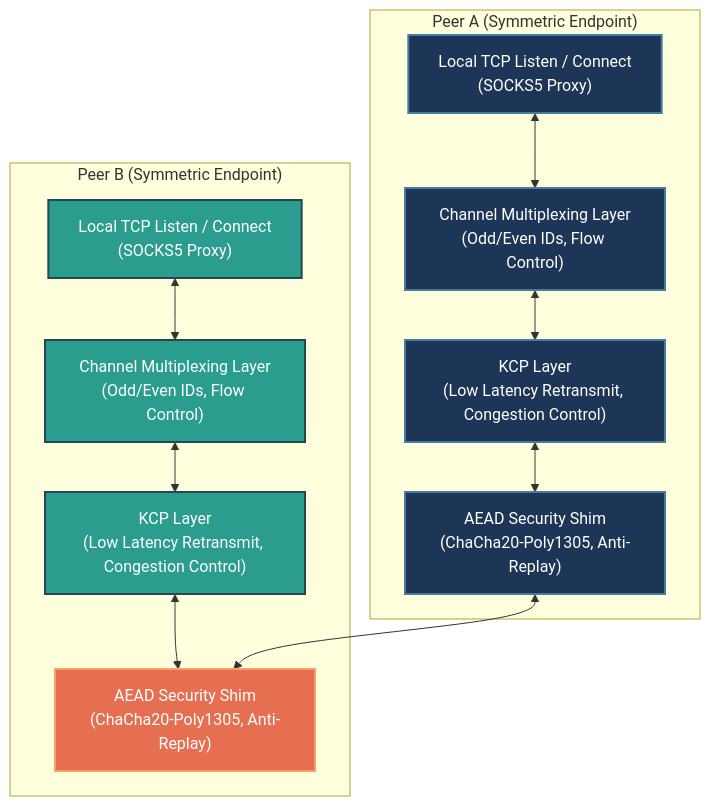
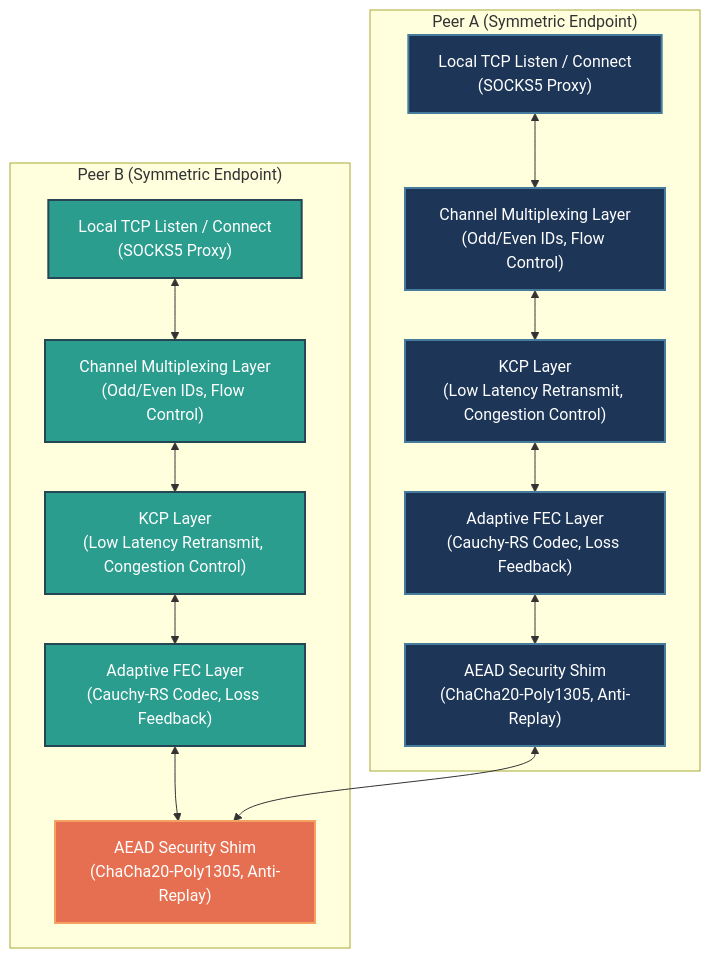
One commit to potato-520/BiTun changed the first of 2 diagrams in docs/README.en.md. Above: the diagram before and after it, drawn with Mermaid. The commit also changed other lines of this file and 5 other files, not shown here.

Commit message:
docs: clarify -p port usage and document adaptive Cauchy-RS FEC mechanism

````diff
--- a/docs/README.en.md
+++ b/docs/README.en.md
@@ -21,33 +21,37 @@
 ```mermaid
 flowchart TD
     %% Define color styles
     classDef peerA fill:#1d3557,stroke:#457b9d,stroke-width:2px,color:#fff;
     classDef peerB fill:#2a9d8f,stroke:#264653,stroke-width:2px,color:#fff;
     classDef network fill:#e76f51,stroke:#f4a261,stroke-width:2px,color:#fff;
     
     subgraph PeerA ["Peer A (Symmetric Endpoint)"]
         A_TCP["Local TCP Listen / Connect<br>(SOCKS5 Proxy)"]:::peerA
         A_Mux["Channel Multiplexing Layer<br>(Odd/Even IDs, Flow Control)"]:::peerA
         A_KCP["KCP Layer<br>(Low Latency Retransmit, Congestion Control)"]:::peerA
+        A_FEC["Adaptive FEC Layer<br>(Cauchy-RS Codec, Loss Feedback)"]:::peerA
         A_AEAD["AEAD Security Shim<br>(ChaCha20-Poly1305, Anti-Replay)"]:::peerA
     end
 
     subgraph PeerB ["Peer B (Symmetric Endpoint)"]
         B_TCP["Local TCP Listen / Connect<br>(SOCKS5 Proxy)"]:::peerB
         B_Mux["Channel Multiplexing Layer<br>(Odd/Even IDs, Flow Control)"]:::peerB
         B_KCP["KCP Layer<br>(Low Latency Retransmit, Congestion Control)"]:::peerB
+        B_FEC["Adaptive FEC Layer<br>(Cauchy-RS Codec, Loss Feedback)"]:::peerB
         B_AEAD["AEAD Security Shim<br>(ChaCha20-Poly1305, Anti-Replay)"]:::peerB
     end
 
     %% Internal layer flows
     A_TCP <--> A_Mux
     A_Mux <--> A_KCP
-    A_KCP <--> A_AEAD
+    A_KCP <--> A_FEC
+    A_FEC <--> A_AEAD
 
     B_TCP <--> B_Mux
     B_Mux <--> B_KCP
-    B_KCP <--> B_AEAD
+    B_KCP <--> B_FEC
+    B_FEC <--> B_AEAD
 
     %% Network Transport
     A_AEAD <--> B_AEAD:::network
 ```
````
